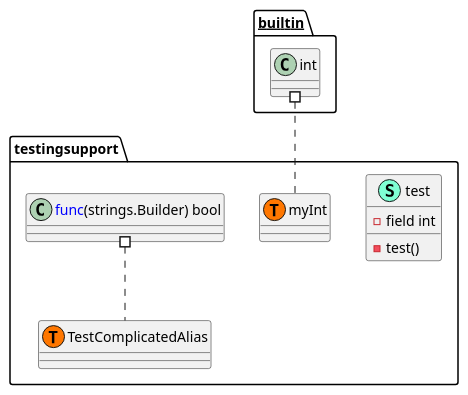
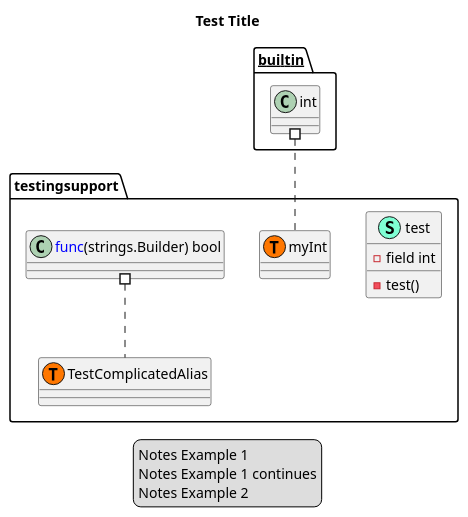
Before and after one commit to thgoexpt/PlantUML-Class-Diagram-Generator-for-golang-projects: the diagram in testingsupport/testingsupport.puml, drawn with PlantUML. The commit also changed 5 other files, not shown here.

Commit message:
Enhancement: Render Header/Title and/or Legend Fixes #71 Added functionality to the parser to allow for notes and title. Also modified the cli to accept notes, title and a new option to show a legend of the command flags passed to the call.

```diff
--- a/testingsupport/testingsupport.puml
+++ b/testingsupport/testingsupport.puml
@@ -1,21 +1,27 @@
 @startuml
+title Test Title
+legend
+Notes Example 1
+Notes Example 1 continues
+Notes Example 2
+end legend
 namespace testingsupport {
     class test << (S,Aquamarine) >> {
         - field int
 
         - test() 
 
     }
     class testingsupport.TestComplicatedAlias << (T, #FF7700) >>  {
     }
     class testingsupport.myInt << (T, #FF7700) >>  {
     }
     class "<font color=blue>func</font>(strings.Builder) bool" as fontcolorbluefuncfontstringsBuilderbool {
         'This class was created so that we can correctly have an alias pointing to this name. Since it contains dots that can break namespaces
     }
 }
 
 
 "__builtin__.int" #.. "testingsupport.myInt"
 "testingsupport.fontcolorbluefuncfontstringsBuilderbool" #.. "testingsupport.TestComplicatedAlias"
 @enduml
```
